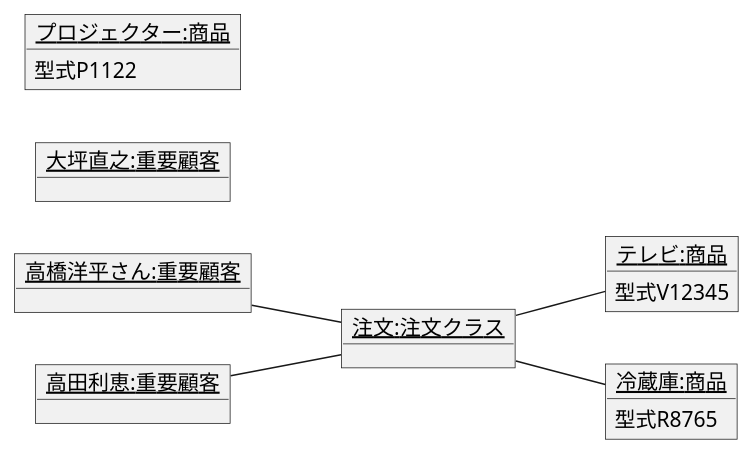
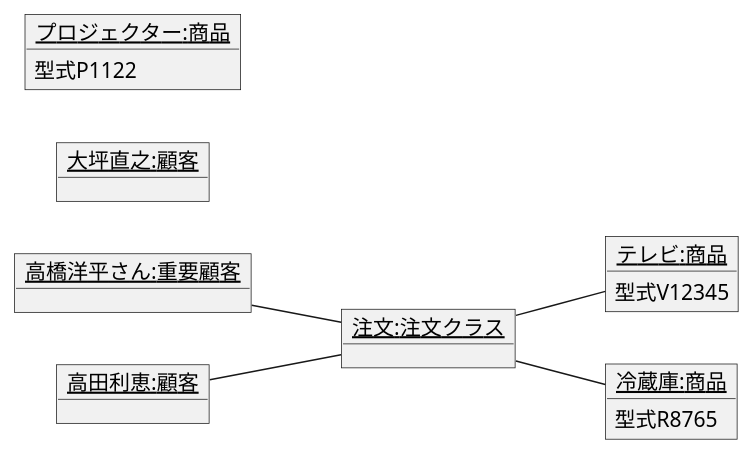
The diagram in 演習3-7_OBJ_注文のオブジェクト図.pu (shimiharu/uml-introduction), drawn with PlantUML before and after one commit. The commit also changed 1 other file, not shown here.

```diff
--- a/演習3-7_OBJ_注文のオブジェクト図.pu
+++ b/演習3-7_OBJ_注文のオブジェクト図.pu
@@ -1,30 +1,30 @@
 @startuml
 left to right direction
 object "<u>高橋洋平さん:重要顧客</u>" as k1 {
 
 }
 
 object "<u>注文:注文クラス</u>" as k2{
 }
-object "<u>高田利恵:重要顧客</u>" as k3 {
+object "<u>高田利恵:顧客</u>" as k3 {
 
 }
-object "<u>大坪直之:重要顧客</u>" as k4{
+object "<u>大坪直之:顧客</u>" as k4{
 
 }
 object "<u>テレビ:商品</u>" as k5{
     型式V12345   
 }
 object "<u>冷蔵庫:商品</u>" as k6{
     型式R8765
 }
 object "<u>プロジェクター:商品</u>" as k7{   
     型式P1122
 }
 
 
 k1--k2
 k3--k2
 k2--k5
 k2--k6
 @enduml
```
